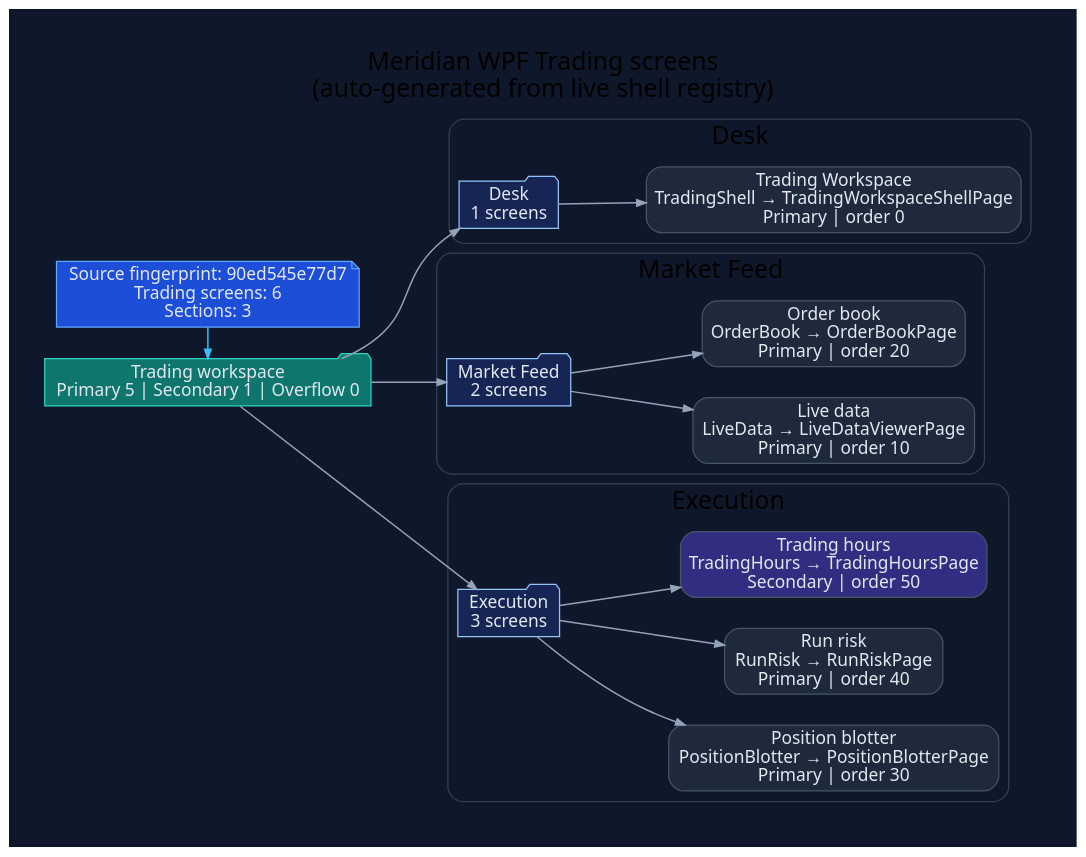
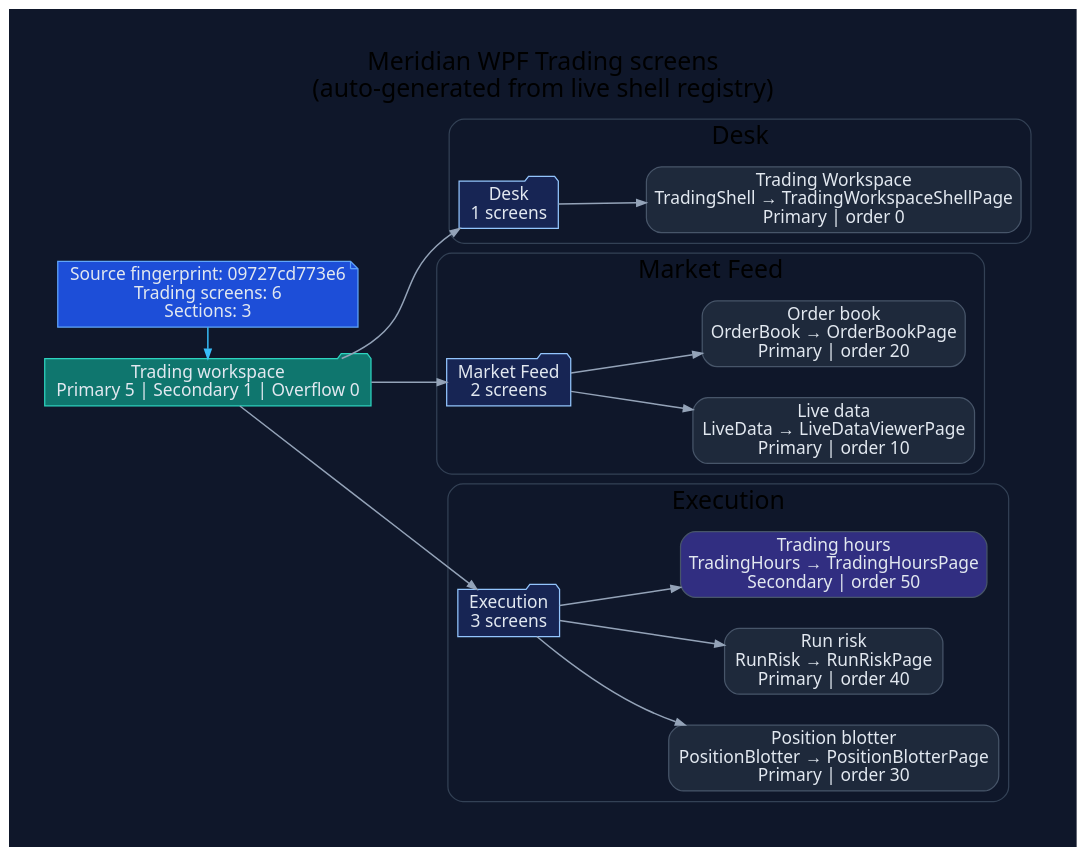
One commit to rodoHasArrived/Meridian-main changed the diagram in docs/diagrams/ui-wpf-screens-trading.dot. Above: the diagram before and after it, drawn with Graphviz. The commit also changed 120 other files, not shown here.

```diff
--- a/docs/diagrams/ui-wpf-screens-trading.dot
+++ b/docs/diagrams/ui-wpf-screens-trading.dot
@@ -1,62 +1,62 @@
 // -----------------------------------------------------------------------------
 // <auto-generated>
 // Generated by scripts/generate-diagrams.mjs.
 // Do not edit this file directly; update the WPF source files instead.
 // -----------------------------------------------------------------------------
 digraph WpfTradingScreens {
   graph [
     rankdir=LR,
     labelloc=t,
     label="Meridian WPF Trading screens\n(auto-generated from live shell registry)",
     fontname="Segoe UI",
     fontsize=20,
     pad=0.4,
     nodesep=0.35,
     ranksep=0.85,
     bgcolor="#0f172a"
   ];
   node [fontname="Segoe UI", shape=box, style="rounded,filled", color="#475569", fontcolor="#e2e8f0", fillcolor="#1e293b"];
   edge [fontname="Segoe UI", color="#94a3b8", penwidth=1.2, arrowsize=0.75];
 
-  generated [shape=note, fillcolor="#1d4ed8", color="#60a5fa", label="Source fingerprint: 90ed545e77d7\nTrading screens: 6\nSections: 3"];
+  generated [shape=note, fillcolor="#1d4ed8", color="#60a5fa", label="Source fingerprint: 09727cd773e6\nTrading screens: 6\nSections: 3"];
   workspace [shape=folder, fillcolor="#0f766e", color="#2dd4bf", label="Trading workspace\nPrimary 5 | Secondary 1 | Overflow 0"];
   generated -> workspace [color="#38bdf8"];
 
   subgraph cluster_section_1 {
     label="Desk";
     color="#334155";
     style="rounded";
     section_1 [shape=folder, fillcolor="#172554", color="#93c5fd", label="Desk\n1 screens"];
     workspace -> section_1;
     screen_TradingShell [fillcolor="#1e293b", label="Trading Workspace\nTradingShell → TradingWorkspaceShellPage\nPrimary | order 0"];
     section_1 -> screen_TradingShell;
   }
 
   subgraph cluster_section_2 {
     label="Market Feed";
     color="#334155";
     style="rounded";
     section_2 [shape=folder, fillcolor="#172554", color="#93c5fd", label="Market Feed\n2 screens"];
     workspace -> section_2;
     screen_LiveData [fillcolor="#1e293b", label="Live data\nLiveData → LiveDataViewerPage\nPrimary | order 10"];
     section_2 -> screen_LiveData;
     screen_OrderBook [fillcolor="#1e293b", label="Order book\nOrderBook → OrderBookPage\nPrimary | order 20"];
     section_2 -> screen_OrderBook;
   }
 
   subgraph cluster_section_3 {
     label="Execution";
     color="#334155";
     style="rounded";
     section_3 [shape=folder, fillcolor="#172554", color="#93c5fd", label="Execution\n3 screens"];
     workspace -> section_3;
     screen_PositionBlotter [fillcolor="#1e293b", label="Position blotter\nPositionBlotter → PositionBlotterPage\nPrimary | order 30"];
     section_3 -> screen_PositionBlotter;
     screen_RunRisk [fillcolor="#1e293b", label="Run risk\nRunRisk → RunRiskPage\nPrimary | order 40"];
     section_3 -> screen_RunRisk;
     screen_TradingHours [fillcolor="#312e81", label="Trading hours\nTradingHours → TradingHoursPage\nSecondary | order 50"];
     section_3 -> screen_TradingHours;
   }
 
   { rank=min; generated; workspace; }
 }
```
